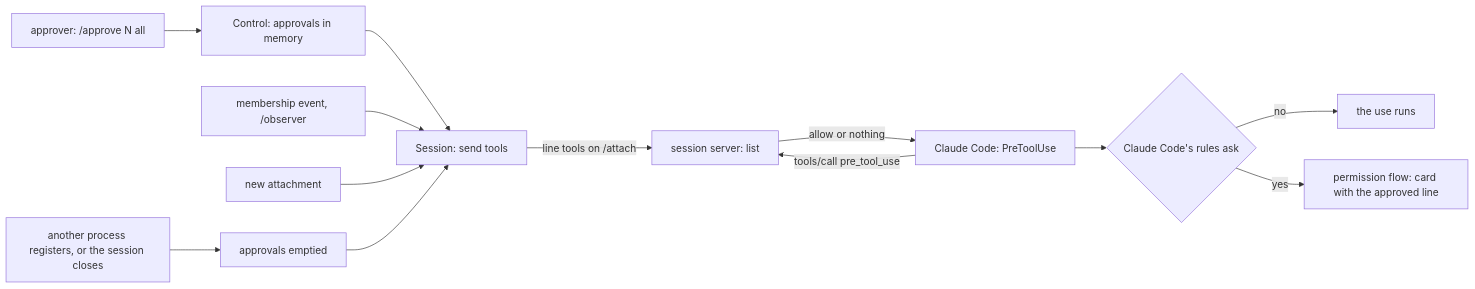
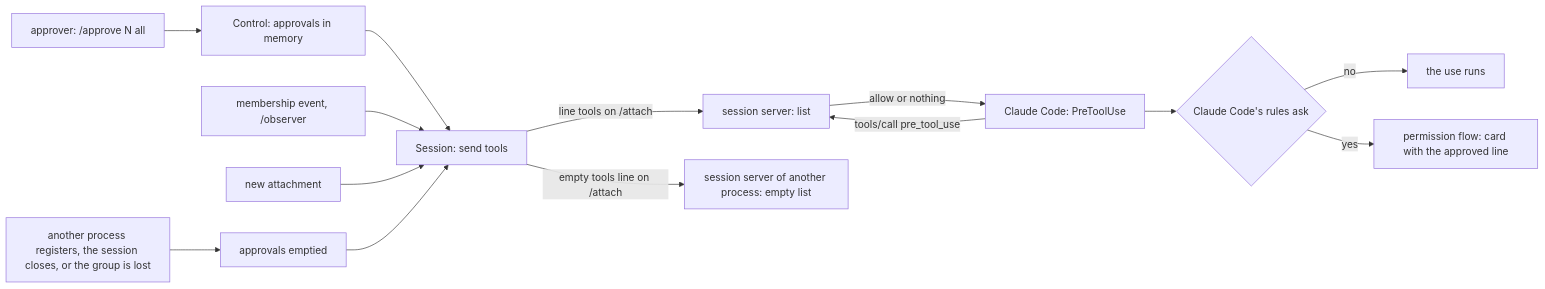
The third of 4 diagrams in plans/2026-11-13-mcp-allow-tool.md (simplex-chat/simplex-chat), drawn with Mermaid before and after one commit. The commit also changed other lines of this file, not shown here.

Commit message:
plan: mcp-allow-tool decisions 36 and 37, the group's loss in the rules and the design

````diff
--- a/plans/2026-11-13-mcp-allow-tool.md
+++ b/plans/2026-11-13-mcp-allow-tool.md
@@ -246,15 +265,16 @@
 ```mermaid
 flowchart LR
   O[approver: /approve N all] --> C[Control: approvals in memory]
   C --> H[Session: send tools]
   E[membership event, /observer] --> H
   A[new attachment] --> H
   H -- line tools on /attach --> L[session server: list]
-  X[another process registers, or the session closes] --> Z[approvals emptied]
+  H -- empty tools line on /attach --> K[session server of another process: empty list]
+  X[another process registers, the session closes, or the group is lost] --> Z[approvals emptied]
   Z --> H
   P[Claude Code: PreToolUse] -- tools/call pre_tool_use --> L
   L -- allow or nothing --> P
   P --> R{Claude Code's rules ask}
   R -- no --> U[the use runs]
   R -- yes --> Q[permission flow: card with the approved line]
 ```
````
